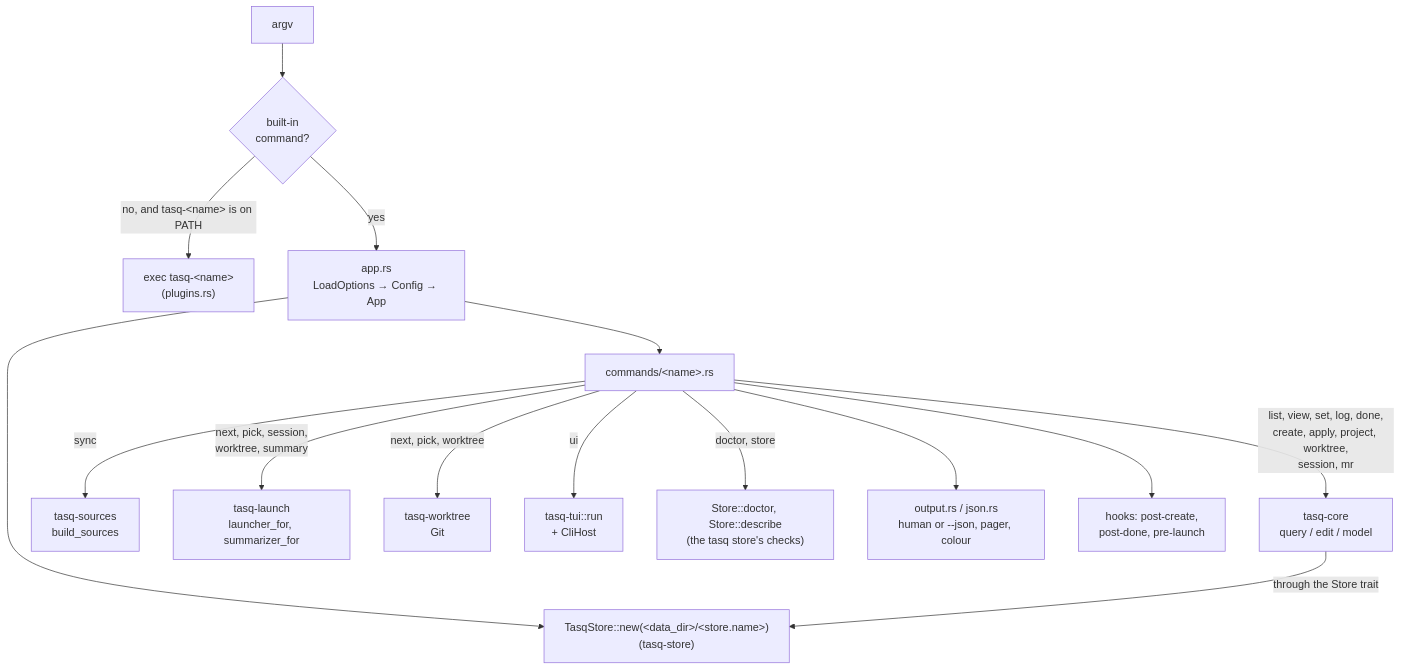
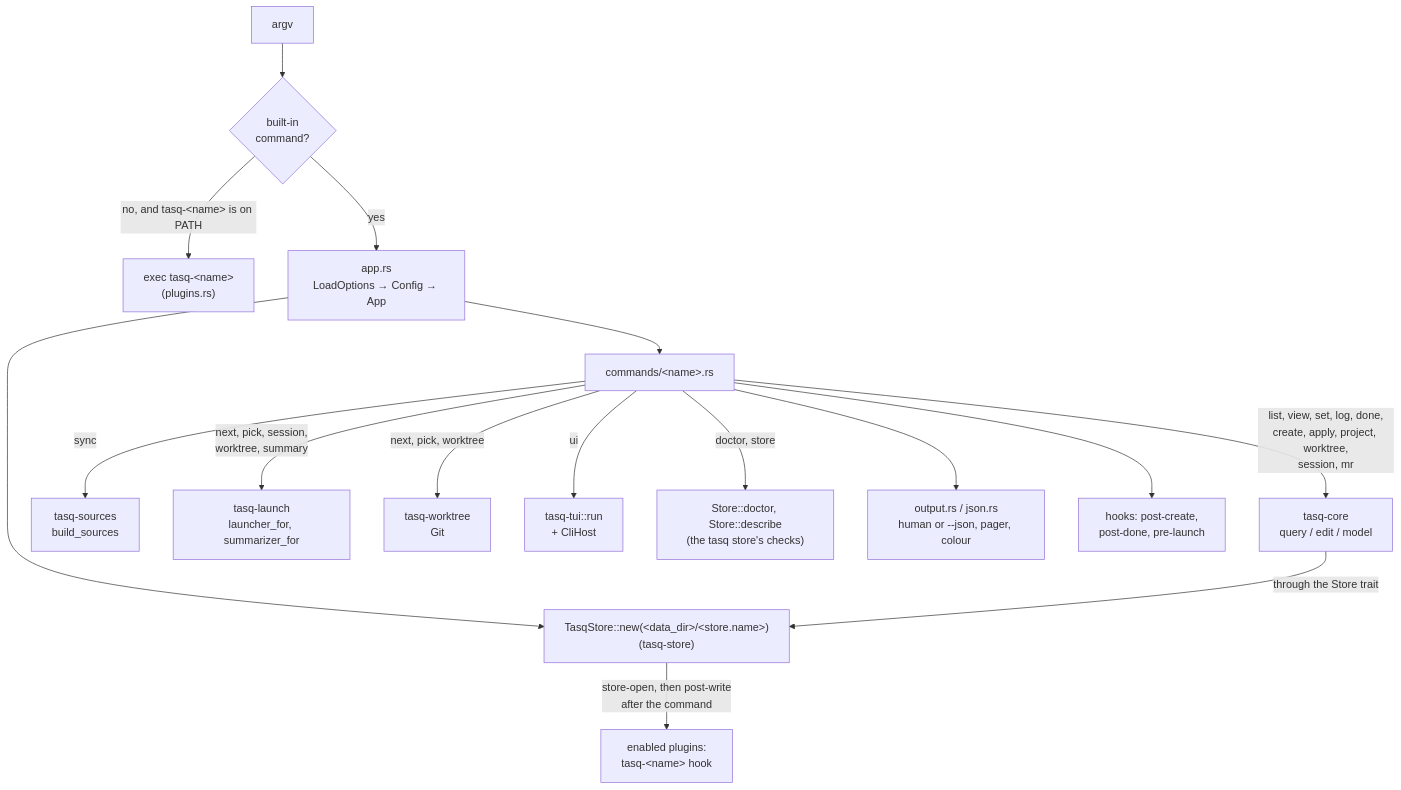
Before and after one commit to pauc/tasq: the sixth of 7 diagrams in docs/architecture.md, drawn with Mermaid. The commit also changed other lines of this file and 8 other files, not shown here.

Commit message:
docs(plugins): describe enabled plugins, events, lasting warnings and the store lock (PE-007)

````diff
--- a/docs/architecture.md
+++ b/docs/architecture.md
@@ -311,17 +321,18 @@
 ```mermaid
 flowchart TB
     argv["argv"] --> dispatch{"built-in<br/>command?"}
     dispatch -->|"no, and tasq-&lt;name&gt; is on PATH"| plugin["exec tasq-&lt;name&gt;<br/>(plugins.rs)"]
     dispatch -->|"yes"| app["app.rs<br/>LoadOptions → Config → App"]
     app --> open["TasqStore::new(&lt;data_dir&gt;/&lt;store.name&gt;)<br/>(tasq-store)"]
     app --> cmd["commands/&lt;name&gt;.rs"]
     cmd -->|"list, view, set, log, done,<br/>create, apply, project, worktree,<br/>session, mr"| core["tasq-core<br/>query / edit / model"]
     cmd -->|"sync"| src["tasq-sources<br/>build_sources"]
     cmd -->|"next, pick, session,<br/>worktree, summary"| lnch["tasq-launch<br/>launcher_for, summarizer_for"]
     cmd -->|"next, pick, worktree"| wt["tasq-worktree<br/>Git"]
     cmd -->|"ui"| tui["tasq-tui::run<br/>+ CliHost"]
     cmd -->|"doctor, store"| store_doc["Store::doctor, Store::describe<br/>(the tasq store's checks)"]
     core -->|"through the Store trait"| open
     cmd --> out["output.rs / json.rs<br/>human or --json, pager, colour"]
     cmd --> hooks["hooks: post-create,<br/>post-done, pre-launch"]
+    open -->|"store-open, then post-write<br/>after the command"| events["enabled plugins:<br/>tasq-&lt;name&gt; hook"]
 ```
````
